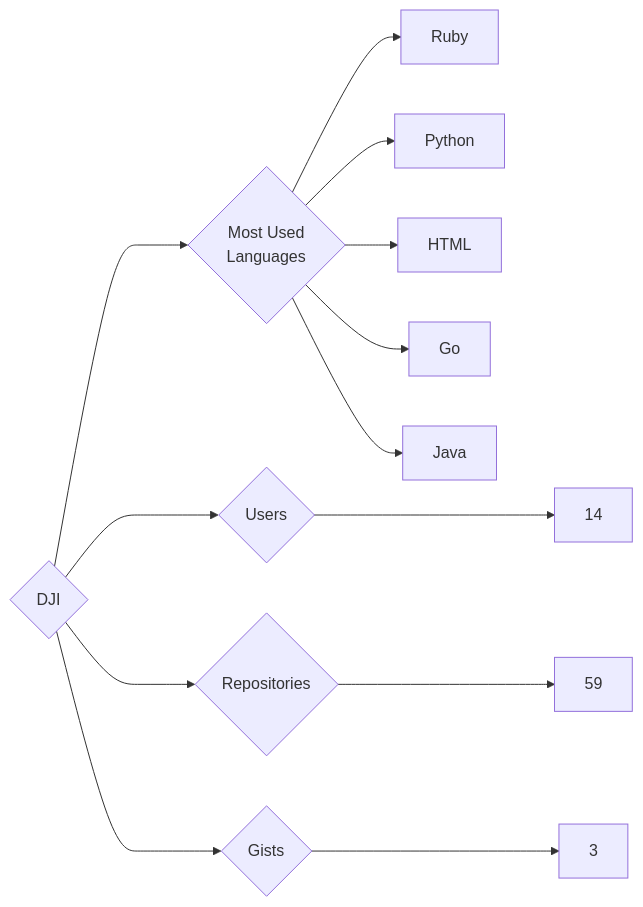
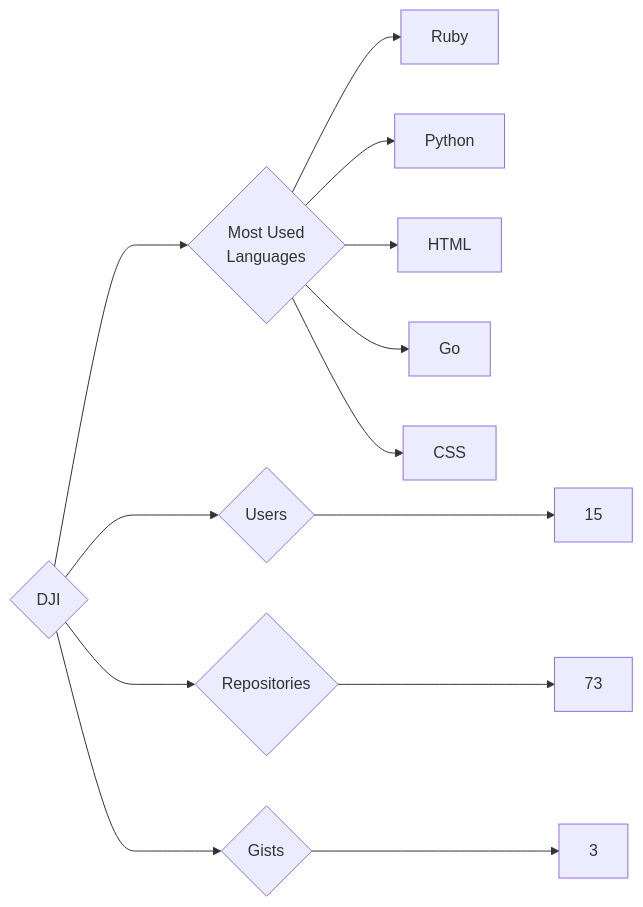
One commit to trickest/insiders changed the diagram in targets/DJI/README.md. Above: the diagram before and after it, drawn with Mermaid. The commit also changed 935 other files, not shown here.

````diff
--- a/targets/DJI/README.md
+++ b/targets/DJI/README.md
@@ -3,13 +3,13 @@
 ```mermaid
 graph LR
 COMPANY_NAME{DJI}
-COMPANY_NAME ---> U{Users} ---> UN[14]
-COMPANY_NAME ---> R{Repositories} ---> RN[59]
+COMPANY_NAME ---> U{Users} ---> UN[15]
+COMPANY_NAME ---> R{Repositories} ---> RN[73]
 COMPANY_NAME ---> G{Gists} ---> GN[3]
 COMPANY_NAME ---> ML{Most Used<br>Languages}
 ML --> Ruby[Ruby]
 ML --> Python[Python]
 ML --> HTML[HTML]
 ML --> Go[Go]
-ML --> Java[Java]
+ML --> CSS[CSS]
 ```
````
